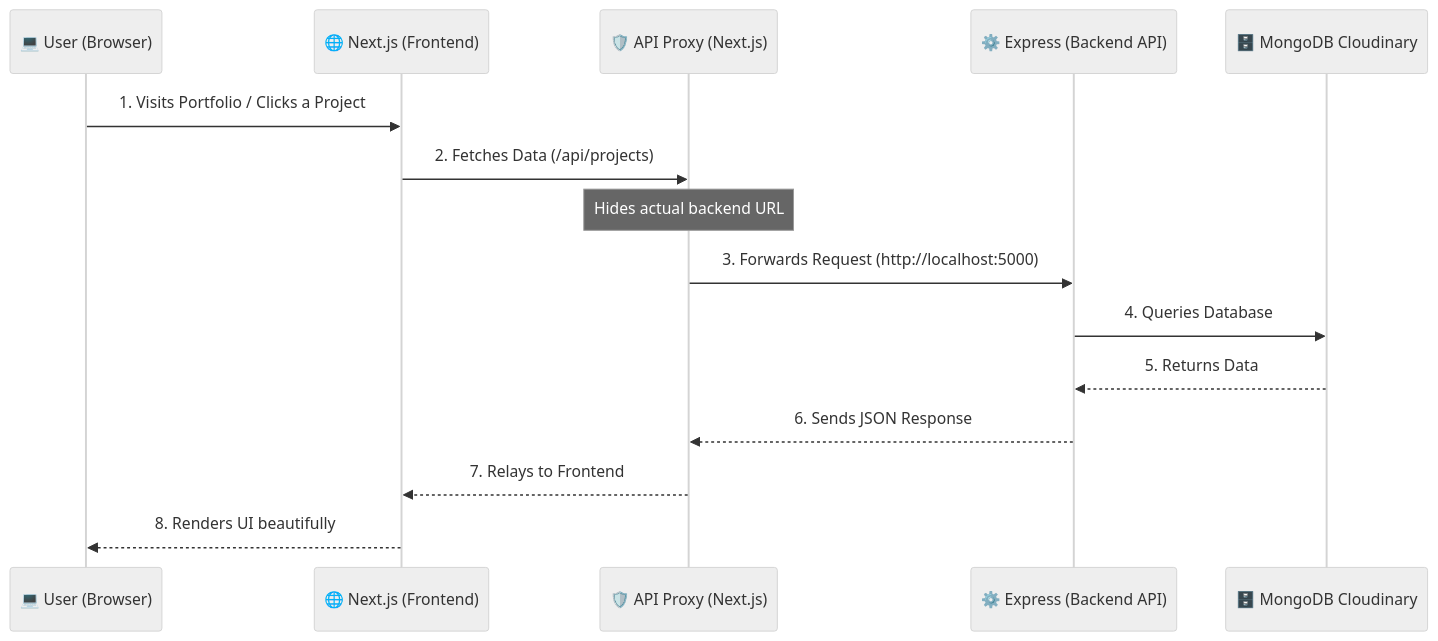
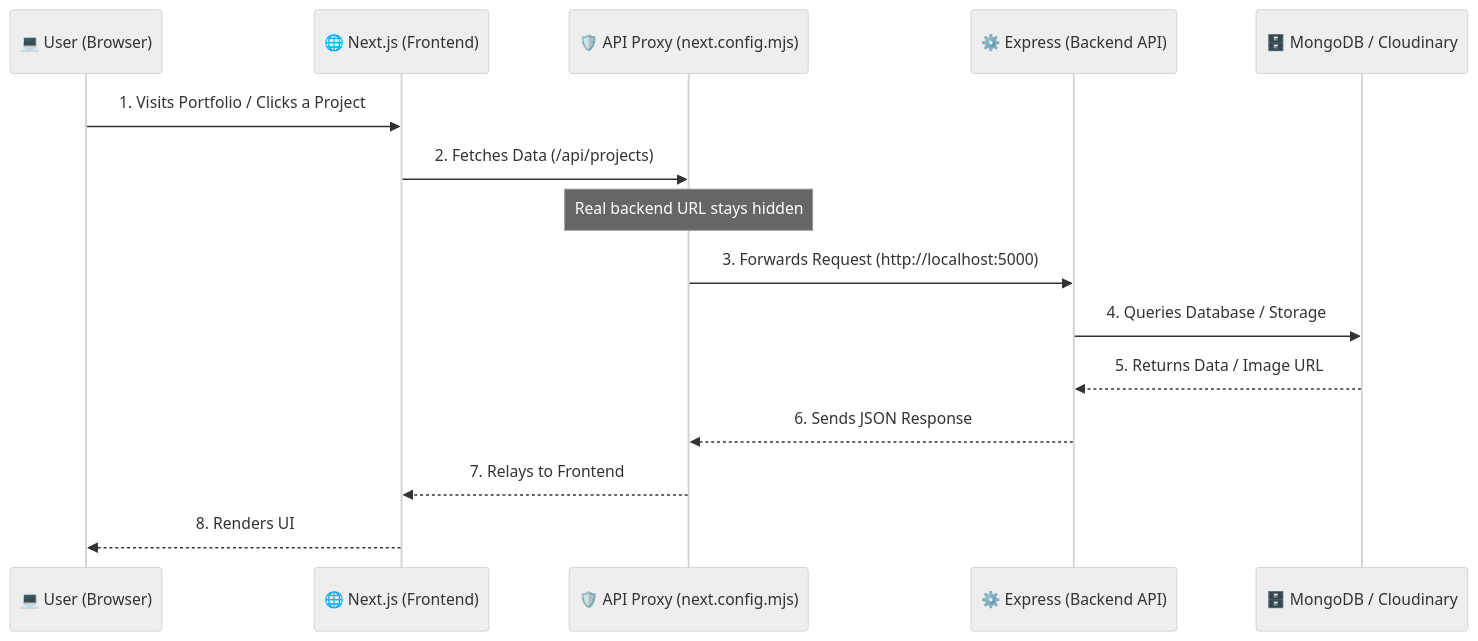
The diagram in README.md (narayan123git/portfolio-2.0), drawn with Mermaid (neutral theme) before and after one commit. The commit also changed other lines of this file, not shown here.

````diff
--- a/README.md
+++ b/README.md
@@ -26,18 +36,18 @@
 ```mermaid
 sequenceDiagram
     participant User as 💻 User (Browser)
     participant NextJS as 🌐 Next.js (Frontend)
-    participant NextProxy as 🛡️ API Proxy (Next.js)
+    participant NextProxy as 🛡️ API Proxy (next.config.mjs)
     participant Express as ⚙️ Express (Backend API)
-    participant DB as 🗄️ MongoDB Cloudinary
+    participant DB as 🗄️ MongoDB / Cloudinary
 
     User->>NextJS: 1. Visits Portfolio / Clicks a Project
     NextJS->>NextProxy: 2. Fetches Data (/api/projects)
-    Note over NextProxy: Hides actual backend URL
+    Note over NextProxy: Real backend URL stays hidden
     NextProxy->>Express: 3. Forwards Request (http://localhost:5000)
-    Express->>DB: 4. Queries Database
-    DB-->>Express: 5. Returns Data
+    Express->>DB: 4. Queries Database / Storage
+    DB-->>Express: 5. Returns Data / Image URL
     Express-->>NextProxy: 6. Sends JSON Response
     NextProxy-->>NextJS: 7. Relays to Frontend
-    NextJS-->>User: 8. Renders UI beautifully
+    NextJS-->>User: 8. Renders UI
 ```
````
